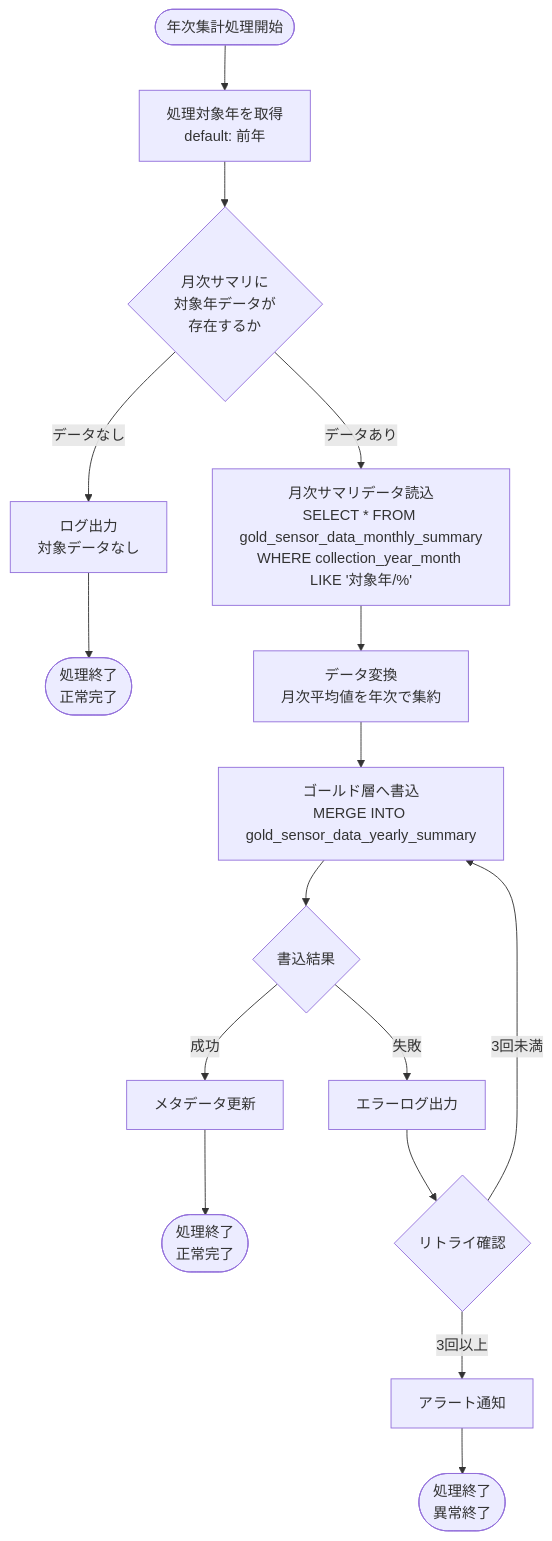
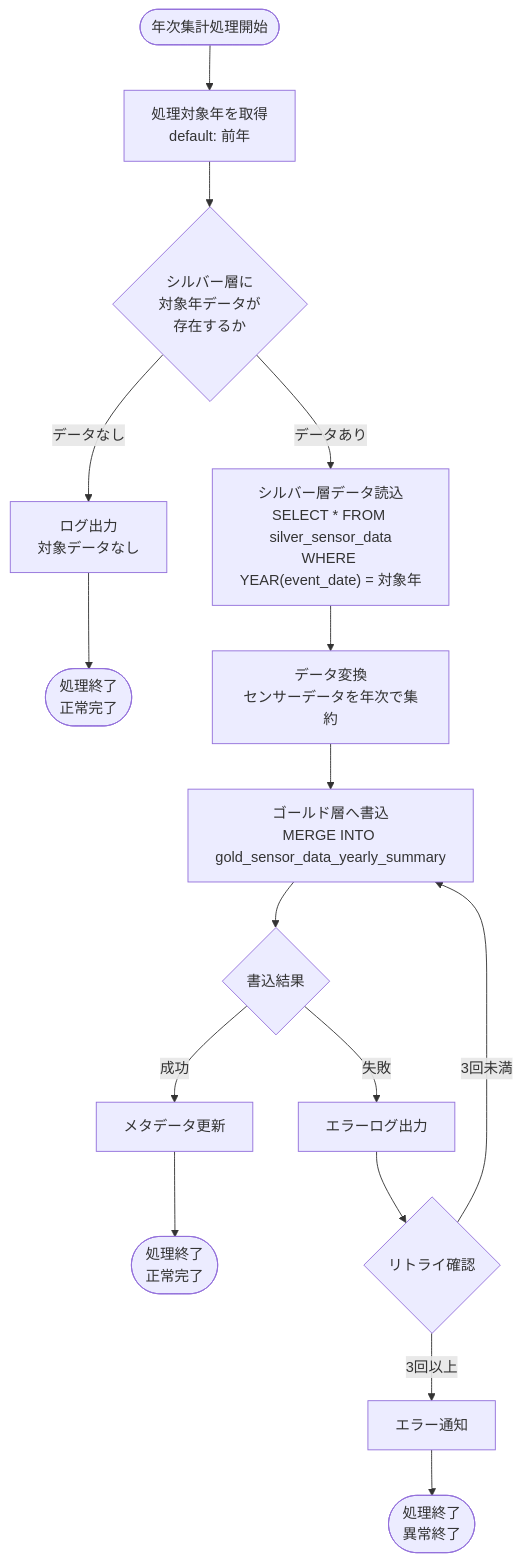
One commit to NSW-SVCP-AIWG002/Databricks-IoT changed the third of 5 diagrams in docs/03-features/ldp-pipeline/gold_layer/ldp-pipeline-specification.md. Above: the diagram before and after it, drawn with Mermaid. The commit also changed other lines of this file and 4 other files, not shown here.

````diff
--- a/docs/03-features/ldp-pipeline/gold_layer/ldp-pipeline-specification.md
+++ b/docs/03-features/ldp-pipeline/gold_layer/ldp-pipeline-specification.md
@@ -381,22 +519,22 @@
 ```mermaid
 flowchart TD
     Start([年次集計処理開始]) --> GetYear[処理対象年を取得<br>default: 前年]
-    GetYear --> CheckSource{月次サマリに<br>対象年データが<br>存在するか}
+    GetYear --> CheckSource{シルバー層に<br>対象年データが<br>存在するか}
 
     CheckSource -->|データなし| LogNoData[ログ出力<br>対象データなし]
     LogNoData --> EndNoData([処理終了<br>正常完了])
 
-    CheckSource -->|データあり| ReadMonthly[月次サマリデータ読込<br>SELECT * FROM gold_sensor_data_monthly_summary<br>WHERE collection_year_month LIKE '対象年/%']
-    ReadMonthly --> Transform[データ変換<br>月次平均値を年次で集約]
+    CheckSource -->|データあり| ReadSilver["シルバー層データ読込<br>SELECT * FROM silver_sensor_data<br>WHERE YEAR(event_date) = 対象年"]
+    ReadSilver --> Transform[データ変換<br>センサーデータを年次で集約]
     Transform --> WriteGold[ゴールド層へ書込<br>MERGE INTO gold_sensor_data_yearly_summary]
     WriteGold --> CheckWrite{書込結果}
 
     CheckWrite -->|成功| UpdateMeta[メタデータ更新]
     UpdateMeta --> EndSuccess([処理終了<br>正常完了])
 
     CheckWrite -->|失敗| ErrorWrite[エラーログ出力]
     ErrorWrite --> Retry{リトライ確認}
     Retry -->|3回未満| WriteGold
-    Retry -->|3回以上| Alert[アラート通知]
+    Retry -->|3回以上| Alert[エラー通知]
     Alert --> EndError([処理終了<br>異常終了])
 ```
````
